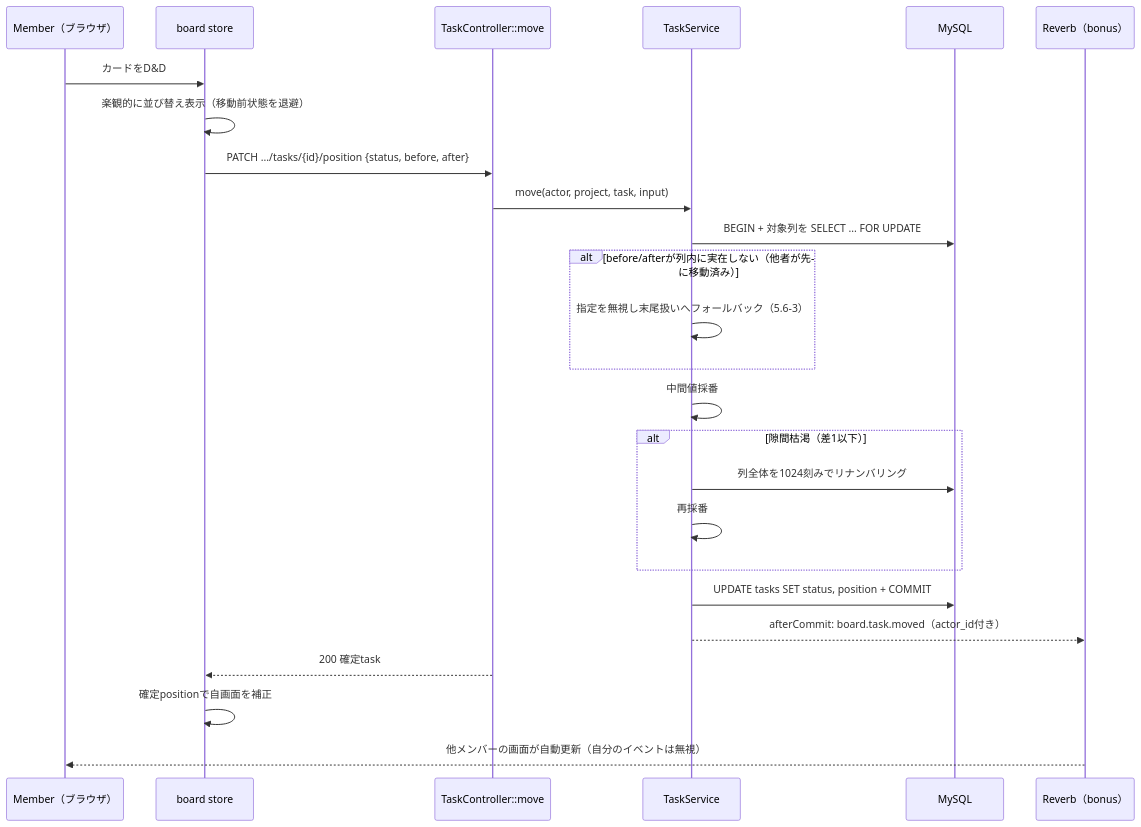
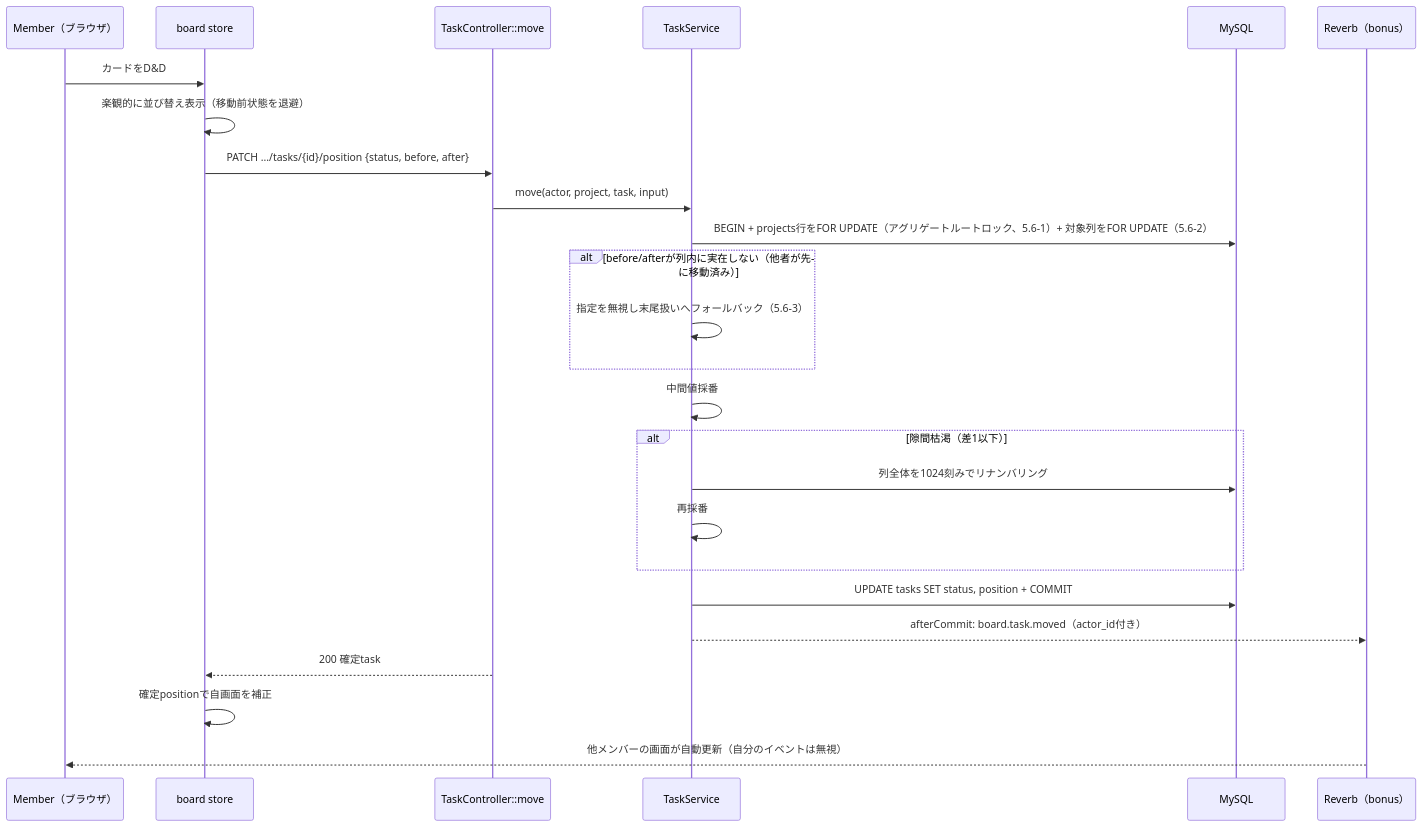
The first of 3 diagrams in Project_Management_System/docs/12_詳細設計書.md (tringuyenminh209/Project), drawn with Mermaid before and after one commit. The commit also changed other lines of this file and 8 other files, not shown here.

````diff
--- a/Project_Management_System/docs/12_詳細設計書.md
+++ b/Project_Management_System/docs/12_詳細設計書.md
@@ -458,28 +476,28 @@
 ```mermaid
 sequenceDiagram
     participant U as Member（ブラウザ）
     participant ST as board store
     participant API as TaskController::move
     participant S as TaskService
     participant DB as MySQL
     participant RV as Reverb（bonus）
 
     U->>ST: カードをD&D
     ST->>ST: 楽観的に並び替え表示（移動前状態を退避）
     ST->>API: PATCH .../tasks/{id}/position {status, before, after}
     API->>S: move(actor, project, task, input)
-    S->>DB: BEGIN + 対象列を SELECT ... FOR UPDATE
+    S->>DB: BEGIN + projects行をFOR UPDATE（アグリゲートルートロック、5.6-1）+ 対象列をFOR UPDATE（5.6-2）
     alt before/afterが列内に実在しない（他者が先に移動済み）
         S->>S: 指定を無視し末尾扱いへフォールバック（5.6-3）
     end
     S->>S: 中間値採番
     alt 隙間枯渇（差1以下）
         S->>DB: 列全体を1024刻みでリナンバリング
         S->>S: 再採番
     end
     S->>DB: UPDATE tasks SET status, position + COMMIT
     S-->>RV: afterCommit: board.task.moved（actor_id付き）
     API-->>ST: 200 確定task
     ST->>ST: 確定positionで自画面を補正
     RV-->>U: 他メンバーの画面が自動更新（自分のイベントは無視）
 ```
````
